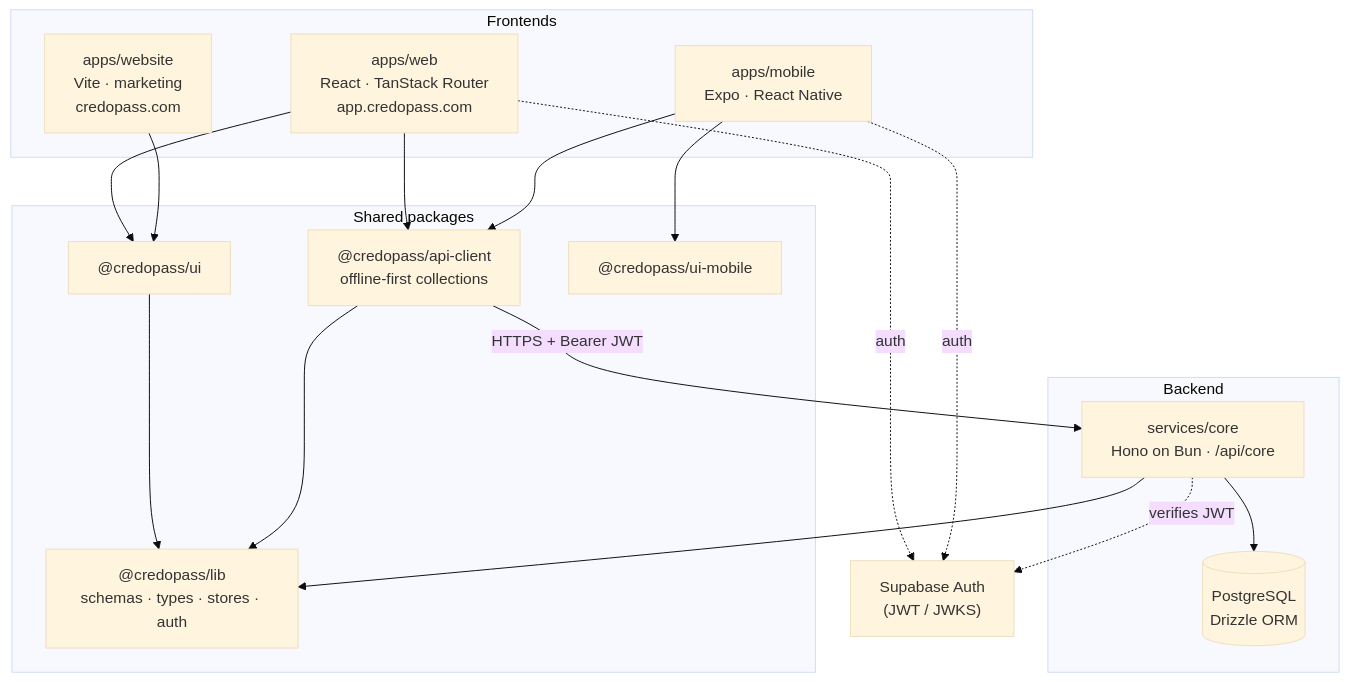
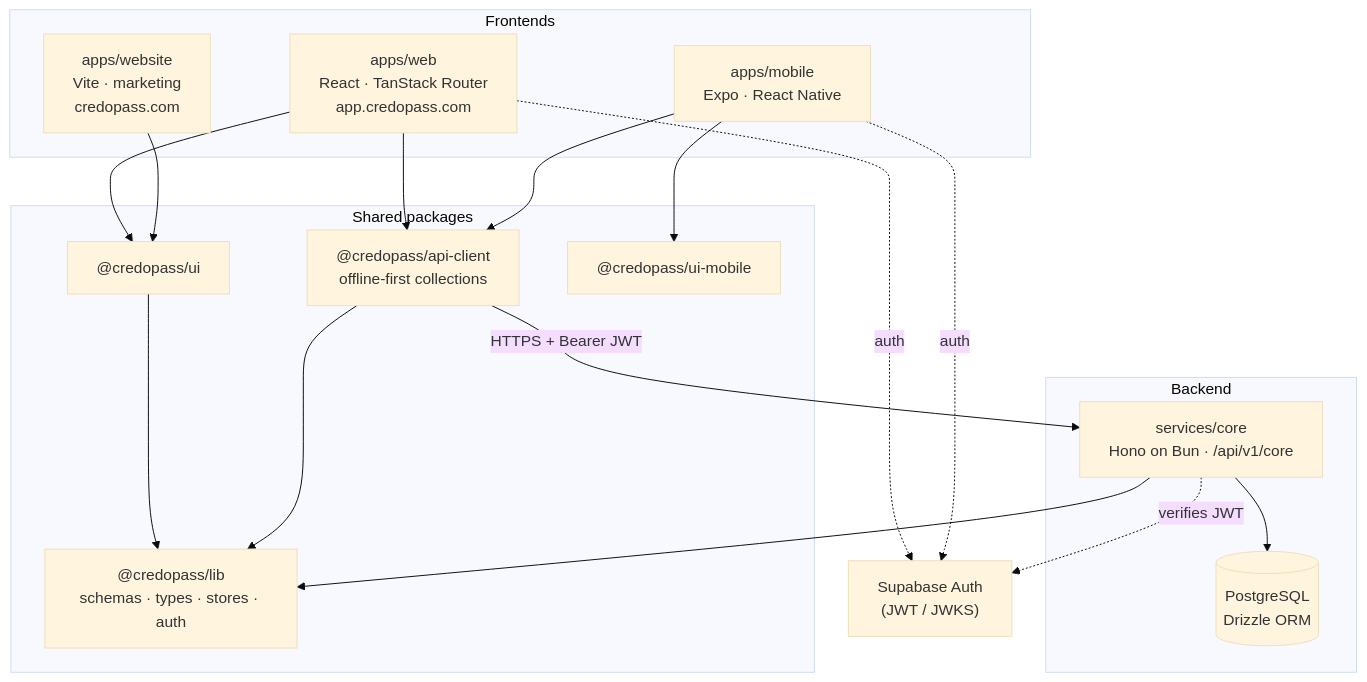
Before and after one commit to codewreaker/credopass: the second of 4 diagrams in README.md, drawn with Mermaid (base theme). The commit also changed other lines of this file and 101 other files, not shown here.

````diff
--- a/README.md
+++ b/README.md
@@ -59,35 +59,35 @@
 ```mermaid
 flowchart TD
     subgraph Frontends
         Web["apps/web<br/>React · TanStack Router<br/>app.credopass.com"]
         Mobile["apps/mobile<br/>Expo · React Native"]
         Site["apps/website<br/>Vite · marketing<br/>credopass.com"]
     end
 
     subgraph Shared["Shared packages"]
         Lib["@credopass/lib<br/>schemas · types · stores · auth"]
         ApiClient["@credopass/api-client<br/>offline-first collections"]
         UI["@credopass/ui"]
         UIM["@credopass/ui-mobile"]
     end
 
     subgraph Backend
-        Core["services/core<br/>Hono on Bun · /api/core"]
+        Core["services/core<br/>Hono on Bun · /api/v1/core"]
         DB[("PostgreSQL<br/>Drizzle ORM")]
     end
 
     Supa["Supabase Auth<br/>(JWT / JWKS)"]
 
     Web --> UI --> Lib
     Site --> UI
     Mobile --> UIM
     Web --> ApiClient
     Mobile --> ApiClient
     ApiClient --> Lib
     ApiClient -->|HTTPS + Bearer JWT| Core
     Core --> Lib
     Core --> DB
     Web -.auth.-> Supa
     Mobile -.auth.-> Supa
     Core -.verifies JWT.-> Supa
 ```
````
